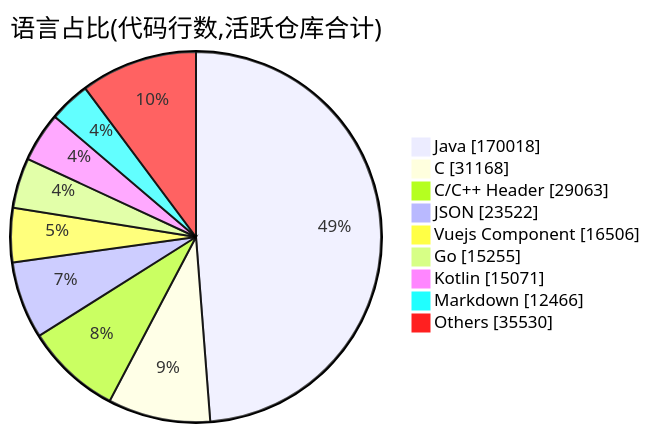
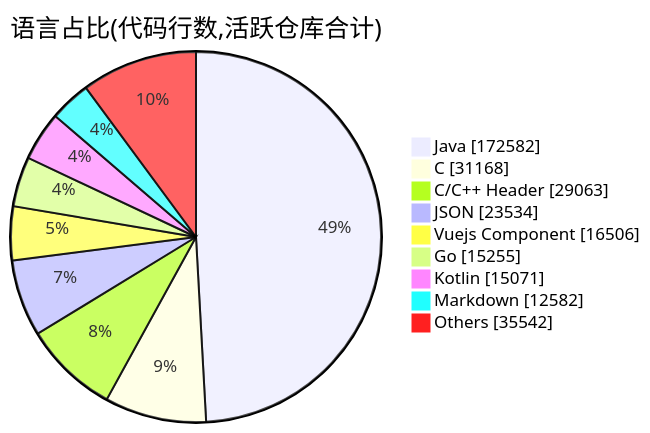
The second of 2 diagrams in profile/README.md (Conflux-Union/.github), drawn with Mermaid before and after one commit. The commit also changed other lines of this file and 1 other file, not shown here.

````diff
--- a/profile/README.md
+++ b/profile/README.md
@@ -80,13 +80,13 @@
 ```mermaid
 pie showData
     title 语言占比(代码行数,活跃仓库合计)
-    "Java" : 170018
+    "Java" : 172582
     "C" : 31168
     "C/C++ Header" : 29063
-    "JSON" : 23522
+    "JSON" : 23534
     "Vuejs Component" : 16506
     "Go" : 15255
     "Kotlin" : 15071
-    "Markdown" : 12466
-    "Others" : 35530
+    "Markdown" : 12582
+    "Others" : 35542
 ```
````
